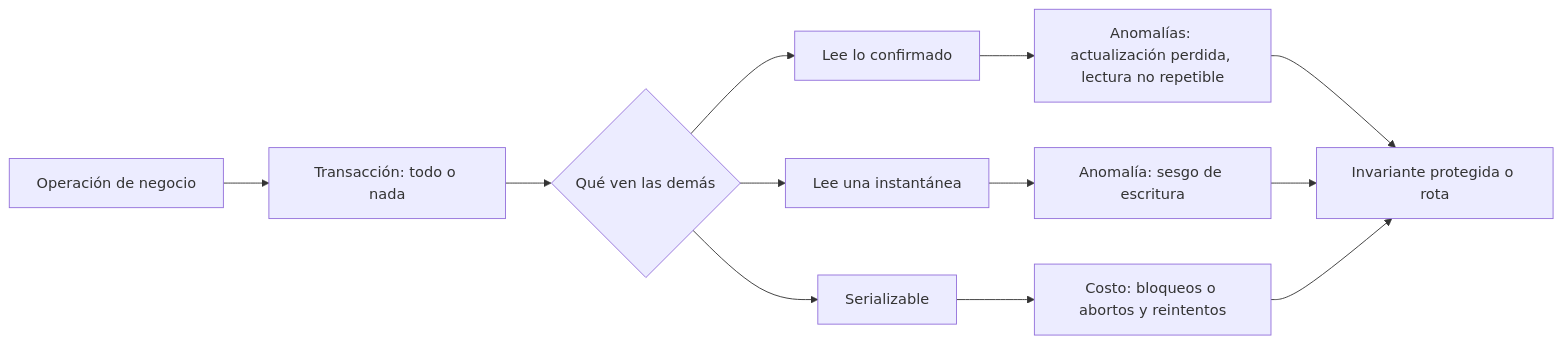
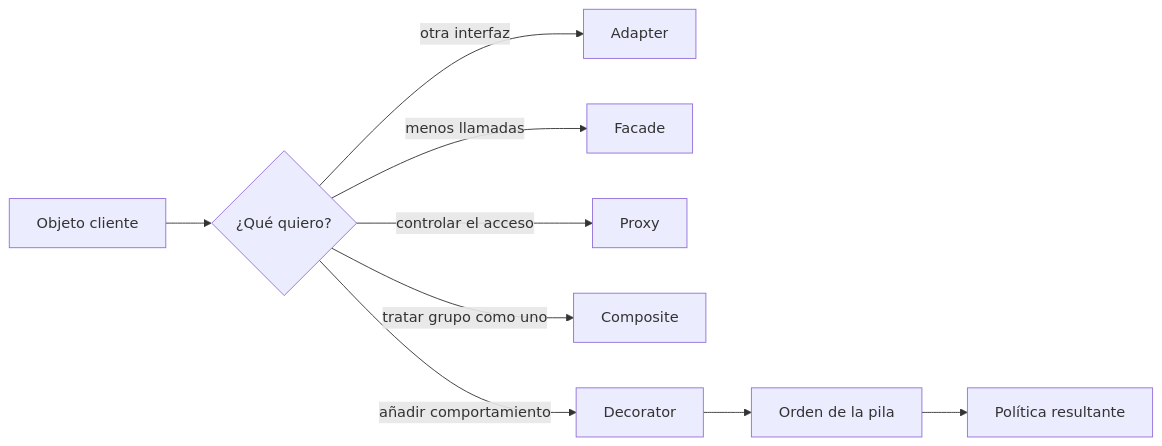
Before and after one commit to vladimiracunadev-create/modern-software-engineering-program: the diagram in content/part-26/SE-315.md, drawn with Mermaid. The commit also changed other lines of this file and 5193 other files, not shown here.

````diff
--- a/content/part-26/SE-315.md
+++ b/content/part-26/SE-315.md
@@ -55,14 +56,11 @@
 ```mermaid
 flowchart LR
-    A[Operación de negocio] --> B[Transacción: todo o nada]
-    B --> C{Qué ven las demás}
-    C --> D[Lee lo confirmado]
-    C --> E[Lee una instantánea]
-    C --> F[Serializable]
-    D --> G[Anomalías: actualización perdida, lectura no repetible]
-    E --> H[Anomalía: sesgo de escritura]
-    F --> I[Costo: bloqueos o abortos y reintentos]
-    G --> J[Invariante protegida o rota]
-    H --> J
-    I --> J
+    A[Objeto cliente] --> B{¿Qué quiero?}
+    B -->|otra interfaz| C[Adapter]
+    B -->|menos llamadas| D[Facade]
+    B -->|controlar el acceso| E[Proxy]
+    B -->|tratar grupo como uno| F[Composite]
+    B -->|añadir comportamiento| G[Decorator]
+    G --> H[Orden de la pila]
+    H --> I[Política resultante]
 ```
````
